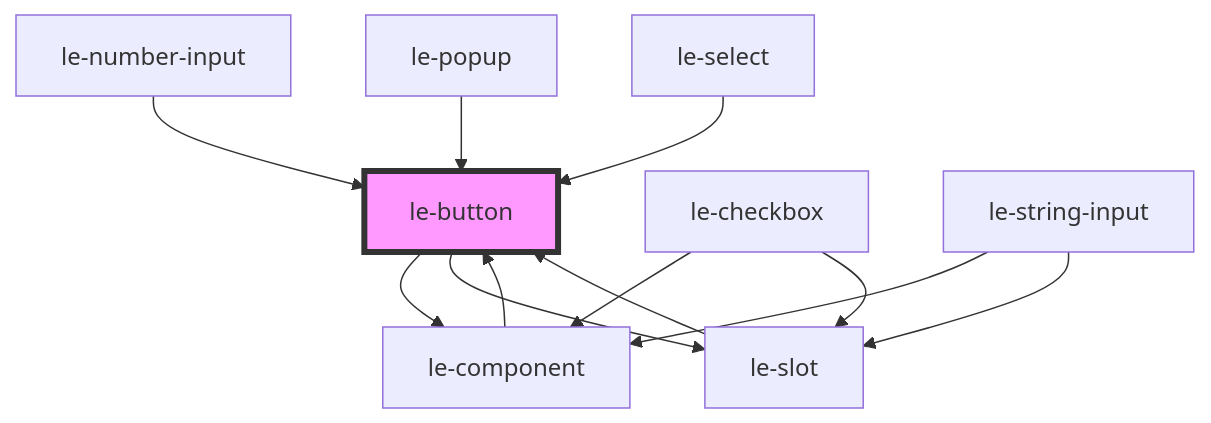
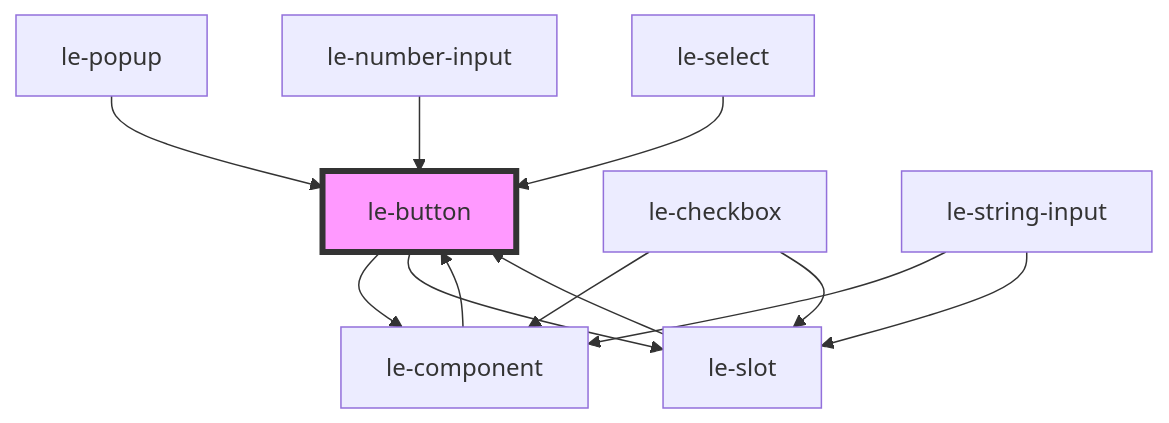
One commit to leechy/le-kit changed the diagram in src/components/le-button/readme.md. Above: the diagram before and after it, drawn with Mermaid. The commit also changed other lines of this file and 29 other files, not shown here.

````diff
--- a/src/components/le-button/readme.md
+++ b/src/components/le-button/readme.md
@@ -143,15 +143,15 @@
 ```mermaid
 graph TD;
   le-button --> le-component
   le-button --> le-slot
   le-component --> le-button
   le-checkbox --> le-component
   le-checkbox --> le-slot
   le-slot --> le-button
   le-string-input --> le-component
   le-string-input --> le-slot
+  le-popup --> le-button
   le-number-input --> le-button
-  le-popup --> le-button
   le-select --> le-button
   style le-button fill:#f9f,stroke:#333,stroke-width:4px
 ```
````
